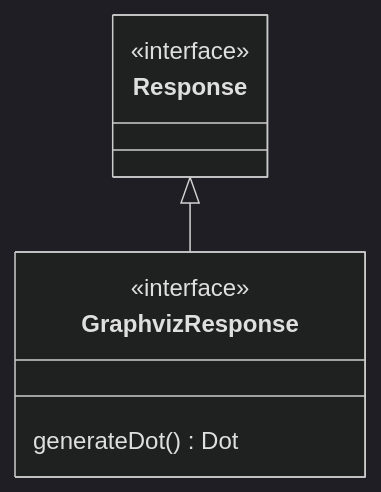
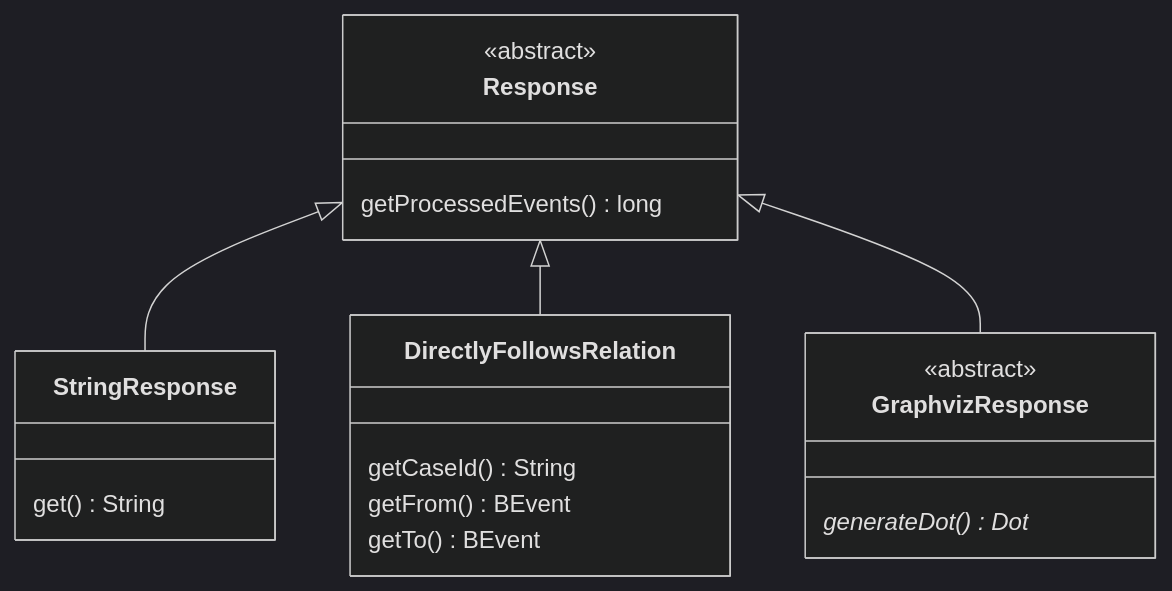
Before and after one commit to beamline/docs: the fourth of 4 diagrams in docs/getting-started.md, drawn with Mermaid (dark theme). The commit also changed other lines of this file, not shown here.

```diff
--- a/docs/getting-started.md
+++ b/docs/getting-started.md
@@ -260,9 +286,22 @@
 <div class="mermaid">
 classDiagram
 class Response
+<< abstract >> Response
+Response : getProcessedEvents() long
+
+class StringResponse
+StringResponse : get() String
+
 class GraphvizResponse
-<< interface >> Response
-<< interface >> GraphvizResponse
-GraphvizResponse : generateDot() Dot
+<< abstract >> GraphvizResponse
+GraphvizResponse : generateDot()* Dot
+
+class DirectlyFollowsRelation
+DirectlyFollowsRelation : getCaseId() String
+DirectlyFollowsRelation : getFrom() BEvent
+DirectlyFollowsRelation : getTo() BEvent
+
+Response <|-- StringResponse
+Response <|-- DirectlyFollowsRelation
 Response <|-- GraphvizResponse
 </div>
```
